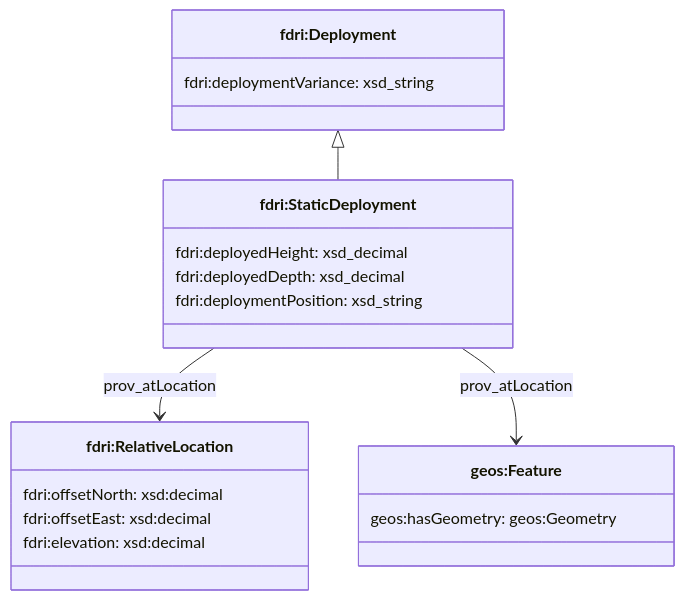
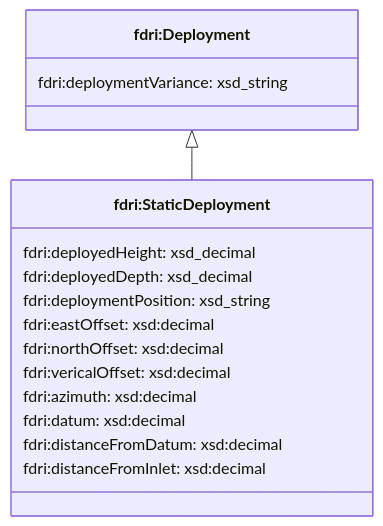
The second of 2 diagrams in doc/deployments.md (NERC-CEH/fdri-ontology), drawn with Mermaid before and after one commit. The commit also changed other lines of this file and 3 other files, not shown here.

````diff
--- a/doc/deployments.md
+++ b/doc/deployments.md
@@ -67,24 +69,21 @@
 ```mermaid
 classDiagram
   class Deployment["fdri:Deployment"] {
     fdri:deploymentVariance: xsd_string
   }
   class StaticDeployment["fdri:StaticDeployment"] {
     fdri:deployedHeight: xsd_decimal
     fdri:deployedDepth: xsd_decimal
     fdri:deploymentPosition: xsd_string
-  }
-  class RelativeLocation["fdri:RelativeLocation"] {
-    fdri:offsetNorth: xsd:decimal
-    fdri:offsetEast: xsd:decimal
-    fdri:elevation: xsd:decimal
-  }
-  class Feature["geos:Feature"] {
-    geos:hasGeometry: geos:Geometry
+    fdri:eastOffset: xsd:decimal
+    fdri:northOffset: xsd:decimal
+    fdri:vericalOffset: xsd:decimal
+    fdri:azimuth: xsd:decimal
+    fdri:datum: xsd:decimal
+    fdri:distanceFromDatum: xsd:decimal
+    fdri:distanceFromInlet: xsd:decimal
   }
 
 Deployment <|-- StaticDeployment
-  StaticDeployment --> RelativeLocation: prov_atLocation
-  StaticDeployment --> Feature: prov_atLocation
 
 ```
````
